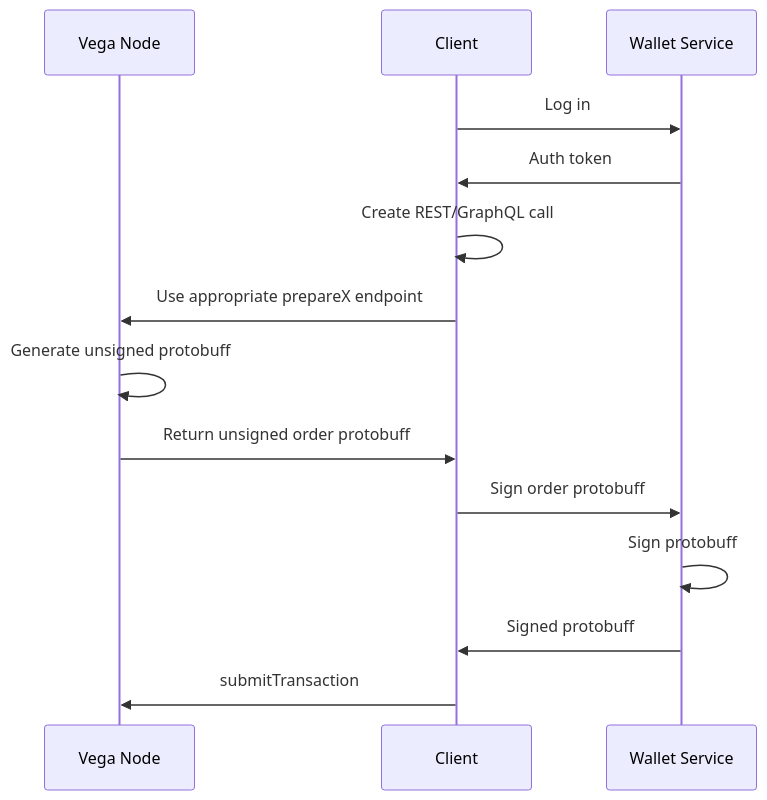
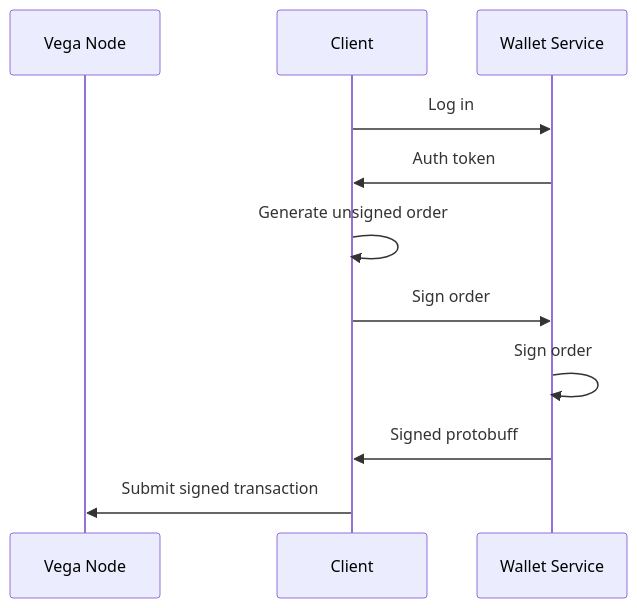
The second of 4 diagrams in design/authentication-and-signing.md (vegaprotocol/vega), drawn with Mermaid before and after one commit. The commit also changed other lines of this file, not shown here.

Commit message:
Restructure document to emphasise local running of a wallet

````diff
--- a/design/authentication-and-signing.md
+++ b/design/authentication-and-signing.md
@@ -30,17 +37,14 @@
 ```mermaid
 sequenceDiagram
     participant Vega Node
     participant Client
     participant Wallet Service
 
 	Client->>Wallet Service: Log in
 	Wallet Service->>Client: Auth token 
-	Client->>Client: Create REST/GraphQL call 
-	Client->>Vega Node: Use appropriate prepareX endpoint
-	Vega Node->>Vega Node: Generate unsigned protobuff 
-	Vega Node->>Client: Return unsigned order protobuff 
-	Client->>Wallet Service: Sign order protobuff
-	Wallet Service->>Wallet Service: Sign protobuff 
+	Client->>Client: Generate unsigned order
+	Client->>Wallet Service: Sign order
+	Wallet Service->>Wallet Service: Sign order 
 	Wallet Service->>Client: Signed protobuff 
-	Client->>Vega Node: submitTransaction 
+	Client->>Vega Node: Submit signed transaction 
 ```					
````
